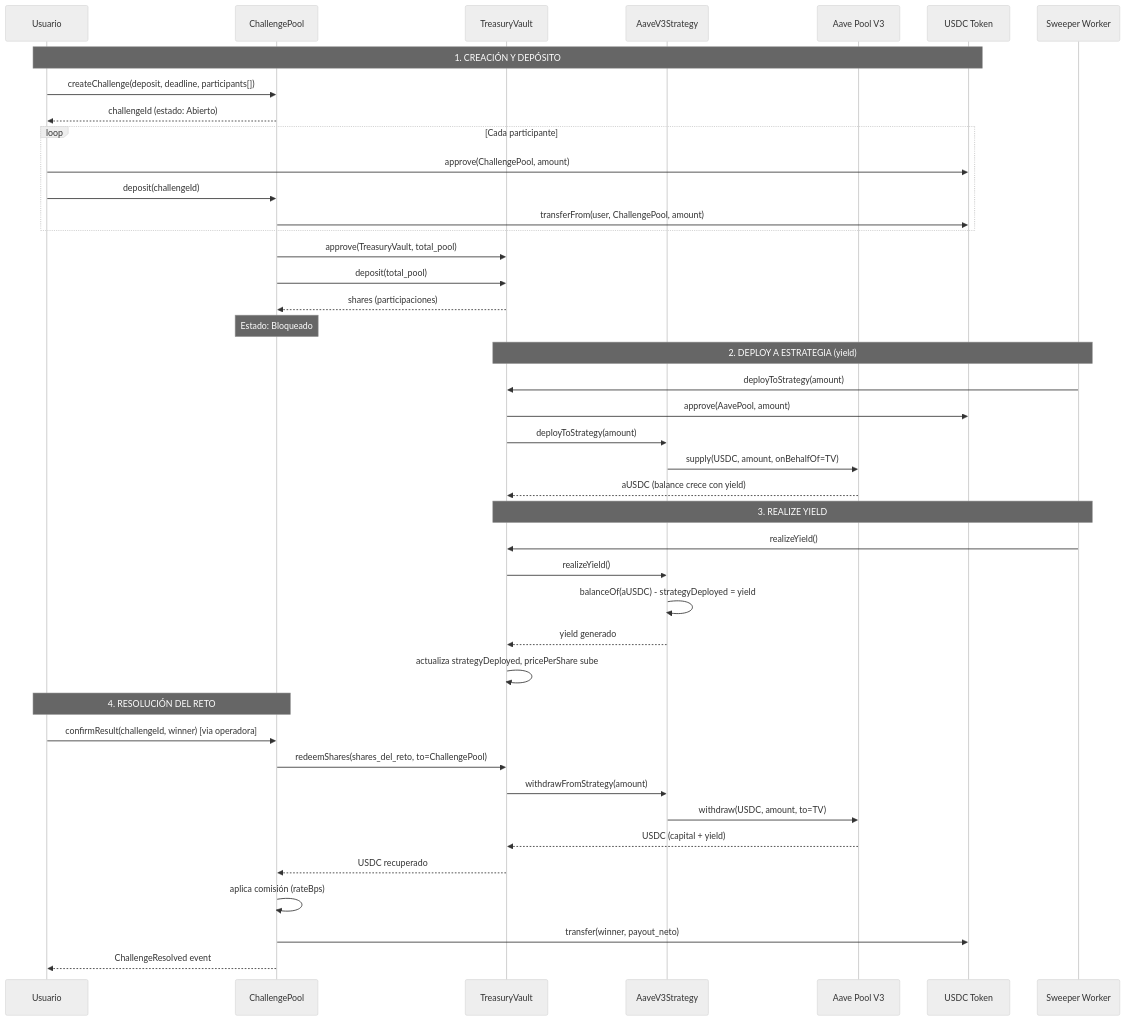
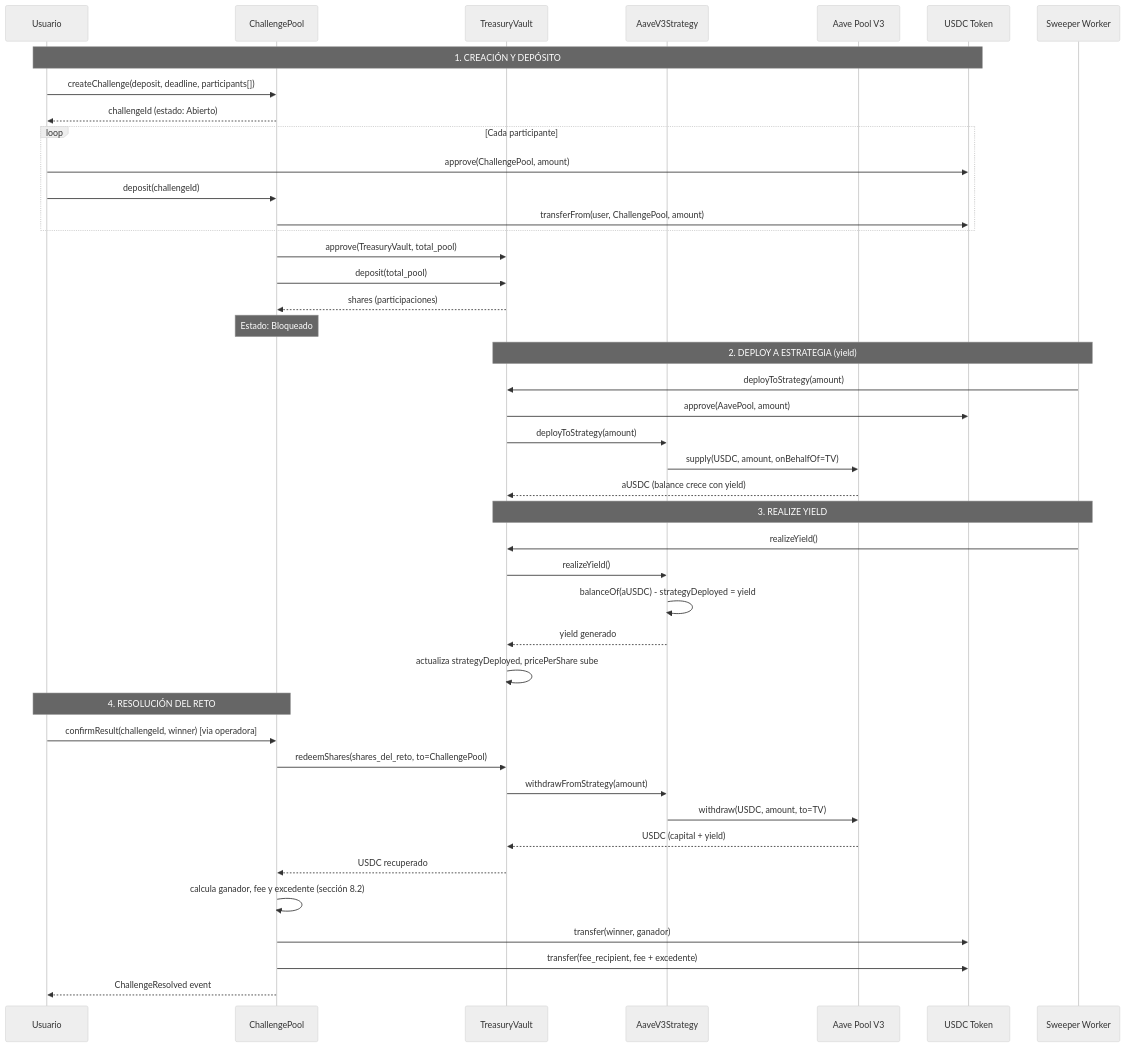
Before and after one commit to Zer0-Knowledge-Hack/otter-pot: the third of 7 diagrams in docs/SDD.md, drawn with Mermaid (neutral theme). The commit also changed other lines of this file and 1 other file, not shown here.

````diff
--- a/docs/SDD.md
+++ b/docs/SDD.md
@@ -203,50 +218,51 @@
 ```mermaid
 sequenceDiagram
     participant Usuario
     participant CP as ChallengePool
     participant TV as TreasuryVault
     participant AS as AaveV3Strategy
     participant AAVE as Aave Pool V3
     participant USDC as USDC Token
     participant Sweeper as Sweeper Worker
 
     Note over Usuario,USDC: 1. CREACIÓN Y DEPÓSITO
     Usuario->>CP: createChallenge(deposit, deadline, participants[])
     CP-->>Usuario: challengeId (estado: Abierto)
     
     loop Cada participante
         Usuario->>USDC: approve(ChallengePool, amount)
         Usuario->>CP: deposit(challengeId)
         CP->>USDC: transferFrom(user, ChallengePool, amount)
     end
     
     CP->>TV: approve(TreasuryVault, total_pool)
     CP->>TV: deposit(total_pool)
     TV-->>CP: shares (participaciones)
     Note over CP: Estado: Bloqueado
 
     Note over TV,Sweeper: 2. DEPLOY A ESTRATEGIA (yield)
     Sweeper->>TV: deployToStrategy(amount)
     TV->>USDC: approve(AavePool, amount)
     TV->>AS: deployToStrategy(amount)
     AS->>AAVE: supply(USDC, amount, onBehalfOf=TV)
     AAVE-->>TV: aUSDC (balance crece con yield)
 
     Note over TV,Sweeper: 3. REALIZE YIELD
     Sweeper->>TV: realizeYield()
     TV->>AS: realizeYield()
     AS->>AS: balanceOf(aUSDC) - strategyDeployed = yield
     AS-->>TV: yield generado
     TV->>TV: actualiza strategyDeployed, pricePerShare sube
 
     Note over Usuario,CP: 4. RESOLUCIÓN DEL RETO
     Usuario->>CP: confirmResult(challengeId, winner) [via operadora]
     CP->>TV: redeemShares(shares_del_reto, to=ChallengePool)
     TV->>AS: withdrawFromStrategy(amount)
     AS->>AAVE: withdraw(USDC, amount, to=TV)
     AAVE-->>TV: USDC (capital + yield)
     TV-->>CP: USDC recuperado
-    CP->>CP: aplica comisión (rateBps)
-    CP->>USDC: transfer(winner, payout_neto)
+    CP->>CP: calcula ganador, fee y excedente (sección 8.2)
+    CP->>USDC: transfer(winner, ganador)
+    CP->>USDC: transfer(fee_recipient, fee + excedente)
     CP-->>Usuario: ChallengeResolved event
 ```
````
